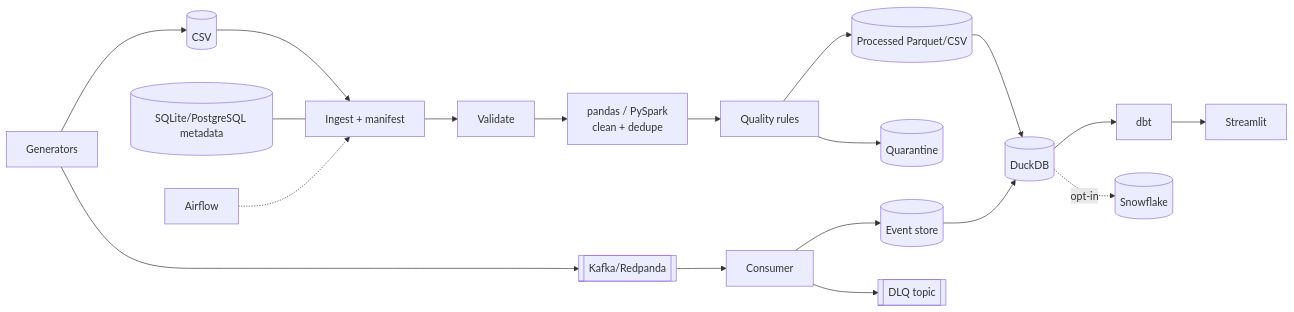
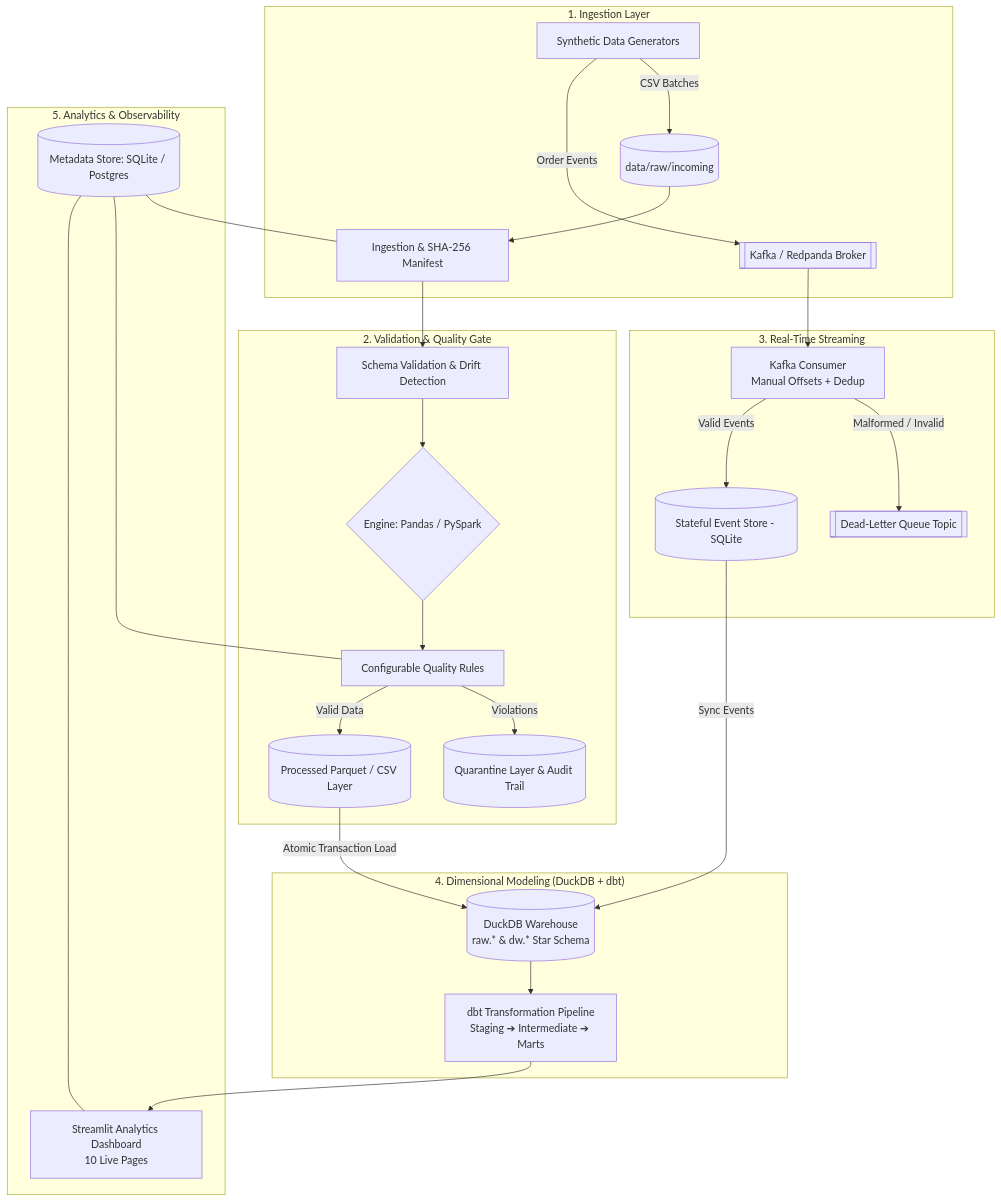
One commit to Ayyappanmj/streamcommerce changed the diagram in README.md. Above: the diagram before and after it, drawn with Mermaid. The commit also changed other lines of this file, not shown here.

Commit message:
docs: overhaul README with production architecture, highlights, and quickstart

````diff
--- a/README.md
+++ b/README.md
@@ -38,11 +20,35 @@
 ```mermaid
-flowchart LR
-    G[Generators] --> CSV[(CSV)] --> ING[Ingest + manifest] --> VAL[Validate] --> PROC[pandas / PySpark<br/>clean + dedupe] --> DQ[Quality rules]
-    DQ --> P[(Processed Parquet/CSV)] --> WH[(DuckDB)] --> DBT[dbt] --> UI[Streamlit]
-    DQ --> Q[(Quarantine)]
-    G --> K[[Kafka/Redpanda]] --> C[Consumer] --> E[(Event store)] --> WH
-    C --> DLQ[[DLQ topic]]
-    META[(SQLite/PostgreSQL metadata)] --- ING
-    AF[Airflow] -.-> ING
-    WH -.opt-in.-> SF[(Snowflake)]
+flowchart TD
+    subgraph Ingestion["1. Ingestion Layer"]
+        G[Synthetic Data Generators] -->|CSV Batches| RAW[(data/raw/incoming)]
+        G -->|Order Events| K[[Kafka / Redpanda Broker]]
+        RAW --> MAN[Ingestion & SHA-256 Manifest]
+    end
+
+    subgraph Quality["2. Validation & Quality Gate"]
+        MAN --> SCH[Schema Validation & Drift Detection]
+        SCH --> ENG{Engine: Pandas / PySpark}
+        ENG --> DQ[Configurable Quality Rules]
+        DQ -->|Violations| Q[(Quarantine Layer & Audit Trail)]
+        DQ -->|Valid Data| PROC[(Processed Parquet / CSV Layer)]
+    end
+
+    subgraph Streaming["3. Real-Time Streaming"]
+        K --> CONS[Kafka Consumer<br/>Manual Offsets + Dedup]
+        CONS -->|Malformed / Invalid| DLQ[[Dead-Letter Queue Topic]]
+        CONS -->|Valid Events| EVT[(Stateful Event Store - SQLite)]
+    end
+
+    subgraph Warehouse["4. Dimensional Modeling (DuckDB + dbt)"]
+        PROC -->|Atomic Transaction Load| WH[(DuckDB Warehouse<br/>raw.* & dw.* Star Schema)]
+        EVT -->|Sync Events| WH
+        WH --> DBT[dbt Transformation Pipeline<br/>Staging ➔ Intermediate ➔ Marts]
+    end
+
+    subgraph Analytics["5. Analytics & Observability"]
+        DBT --> UI[Streamlit Analytics Dashboard<br/>10 Live Pages]
+        META[(Metadata Store: SQLite / Postgres)] --- MAN
+        META --- DQ
+        META --- UI
+    end
 ```
````
